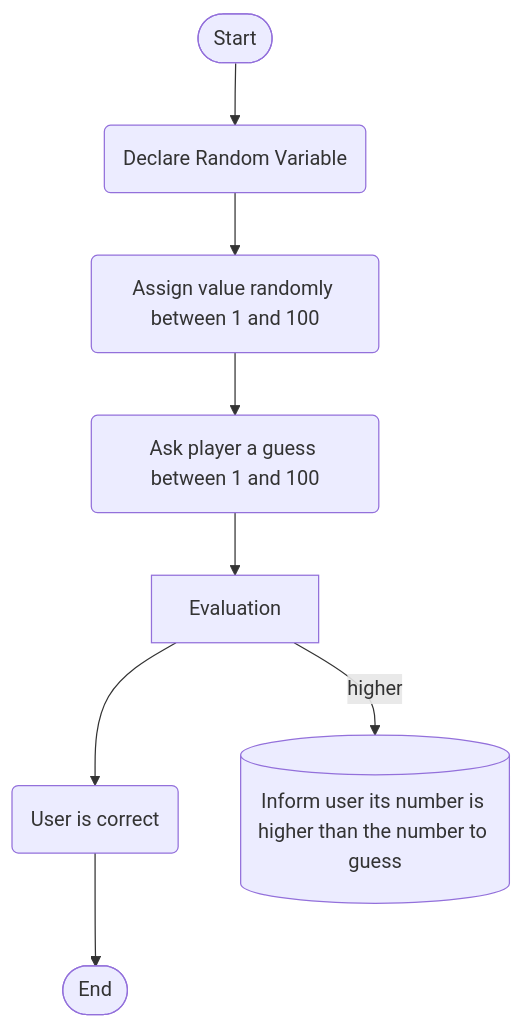
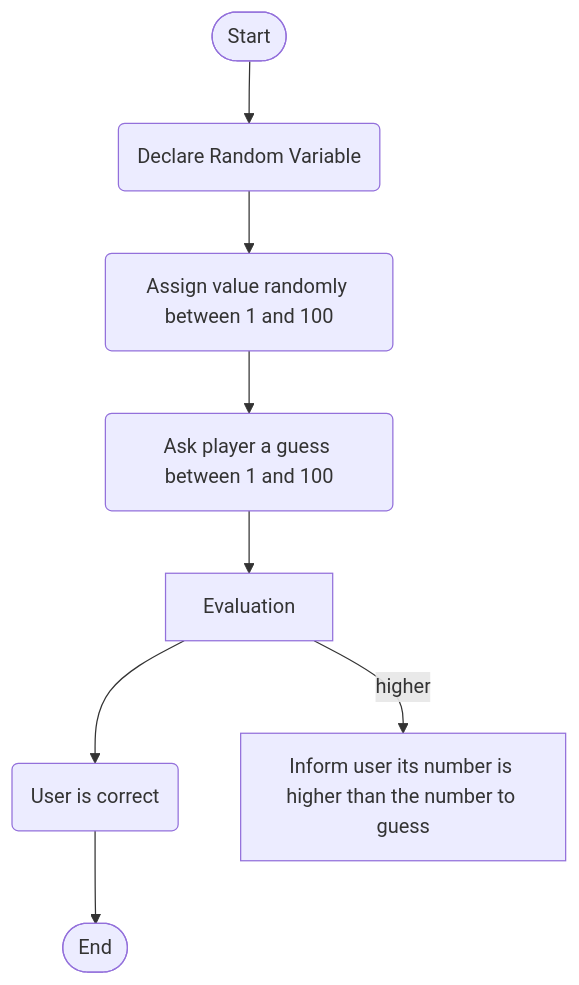
The diagram in Guessing.md (juansagarra/juansagarra.github.io), drawn with Mermaid before and after one commit.

````diff
--- a/Guessing.md
+++ b/Guessing.md
@@ -1,11 +1,11 @@
 ```mermaid
 flowchart TD
 
 
 
  Start([Start]) --> A(Declare Random Variable) --> B(Assign value randomly between 1 and 100) --> C(Ask player a guess between 1 and 100) --> Evaluation --> D(User is correct) --> End([End])
 
-Evaluation --> |higher| E[(Inform user its number is higher than the number to guess)]
+Evaluation --> |higher| E[Inform user its number is higher than the number to guess]
 
 
 ```
````
